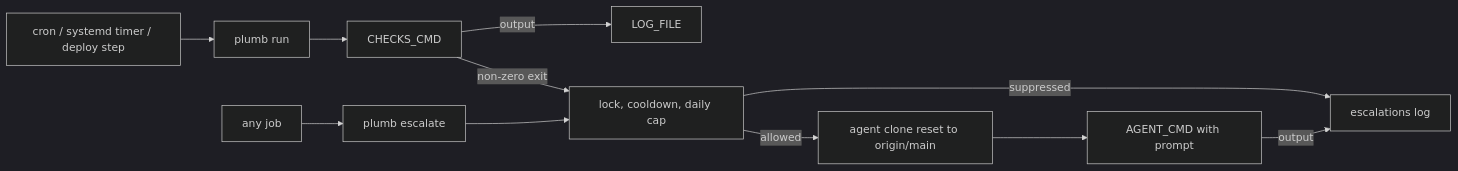
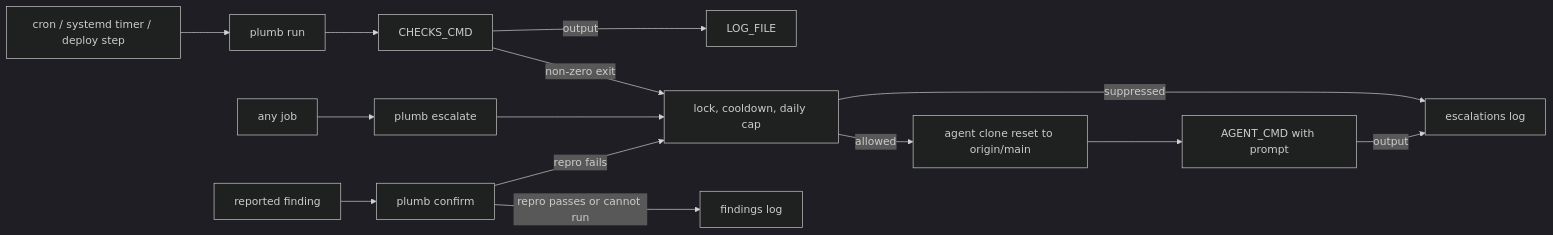
One commit to kontourai/plumb changed the diagram in docs/concepts.md. Above: the diagram before and after it, drawn with Mermaid (dark theme). The commit also changed other lines of this file and 10 other files, not shown here.

First line of the commit message:
feat: confirm a finding with a failing repro before escalating it

````diff
--- a/docs/concepts.md
+++ b/docs/concepts.md
@@ -8,13 +9,16 @@
 ```mermaid
 flowchart LR
   timer["cron / systemd timer / deploy step"] --> run["plumb run"]
   job["any job"] --> esc["plumb escalate"]
   run --> checks["CHECKS_CMD"]
   checks -- "output" --> log["LOG_FILE"]
   checks -- "non-zero exit" --> guards
+  finding["reported finding"] --> confirm["plumb confirm"]
+  confirm -- "repro fails" --> guards
+  confirm -- "repro passes or cannot run" --> flog["findings log"]
   esc --> guards["lock, cooldown, daily cap"]
   guards -- "suppressed" --> elog["escalations log"]
   guards -- "allowed" --> clone["agent clone reset to origin/main"]
   clone --> agent["AGENT_CMD with prompt"]
   agent -- "output" --> elog
 ```
````
